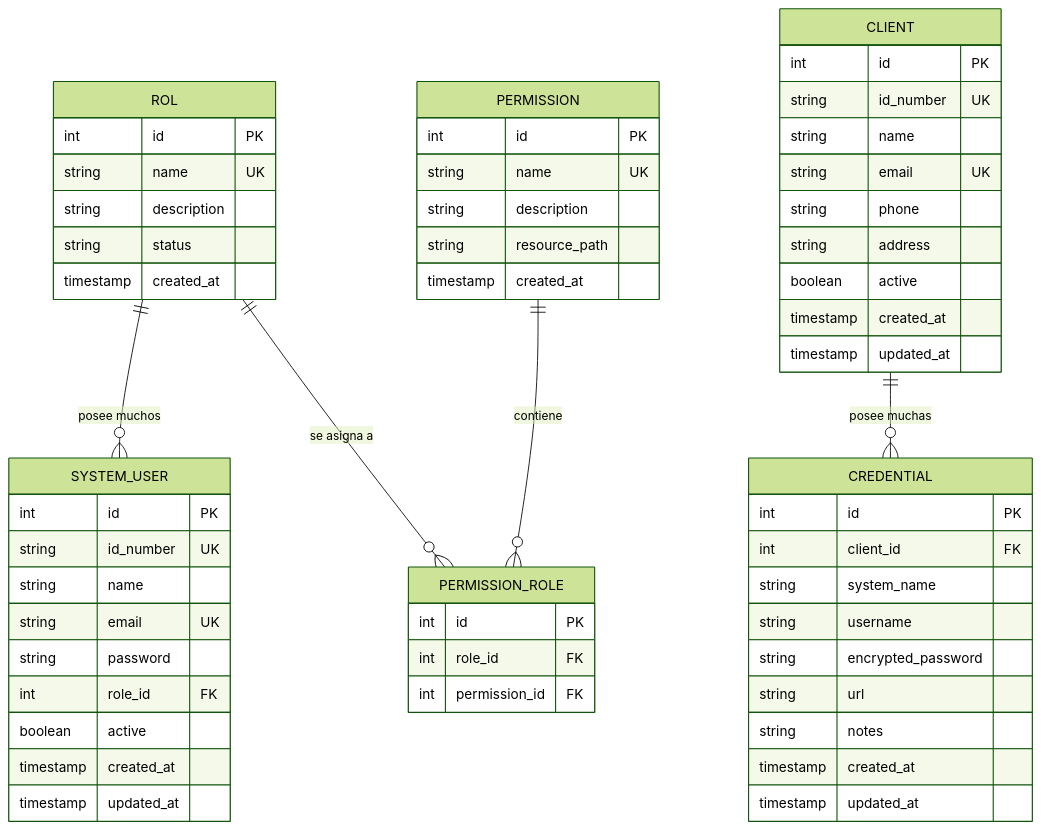
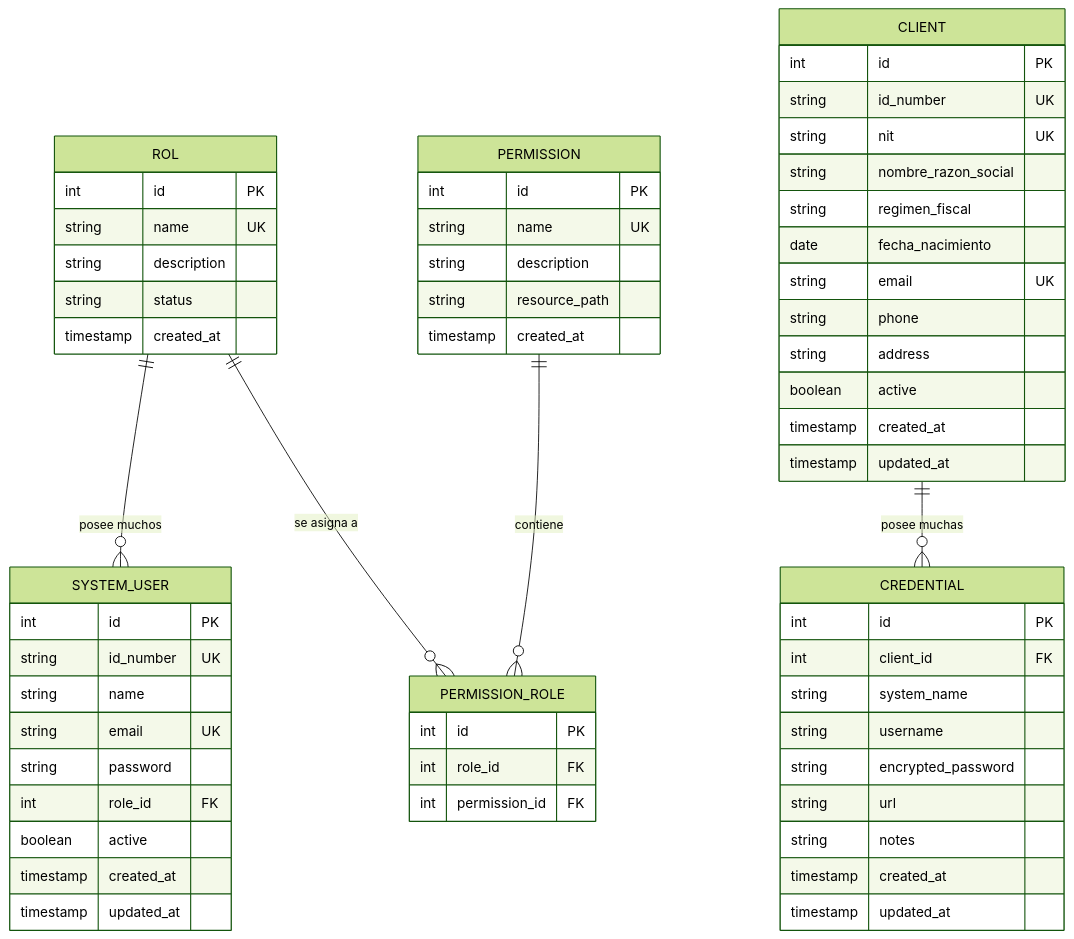
Before and after one commit to CarlosOrozco-1/gestion-usuarios-spring-react: the diagram in docs/database/ER-diagrama.md, drawn with Mermaid (forest theme). The commit also changed other lines of this file and 17 other files, not shown here.

Commit message:
feat: alinear clientes con DBClientes - NIT, razon social, regimen fiscal y fecha de nacimiento

````diff
--- a/docs/database/ER-diagrama.md
+++ b/docs/database/ER-diagrama.md
@@ -8,65 +8,68 @@
 ```mermaid
 erDiagram
     ROL ||--o{ SYSTEM_USER : "posee muchos"
     ROL ||--o{ PERMISSION_ROLE : "se asigna a"
     PERMISSION ||--o{ PERMISSION_ROLE : "contiene"
     CLIENT ||--o{ CREDENTIAL : "posee muchas"
 
     SYSTEM_USER {
         int id PK
         string id_number UK
         string name
         string email UK
         string password
         int role_id FK
         boolean active
         timestamp created_at
         timestamp updated_at
     }
 
     CLIENT {
         int id PK
         string id_number UK
-        string name
+        string nit UK
+        string nombre_razon_social
+        string regimen_fiscal
+        date fecha_nacimiento
         string email UK
         string phone
         string address
         boolean active
         timestamp created_at
         timestamp updated_at
     }
 
     CREDENTIAL {
         int id PK
         int client_id FK
         string system_name
         string username
         string encrypted_password
         string url
         string notes
         timestamp created_at
         timestamp updated_at
     }
 
     ROL {
         int id PK
         string name UK
         string description
         string status
         timestamp created_at
     }
 
     PERMISSION {
         int id PK
         string name UK
         string description
         string resource_path
         timestamp created_at
     }
 
     PERMISSION_ROLE {
         int id PK
         int role_id FK
         int permission_id FK
     }
 ```
````
